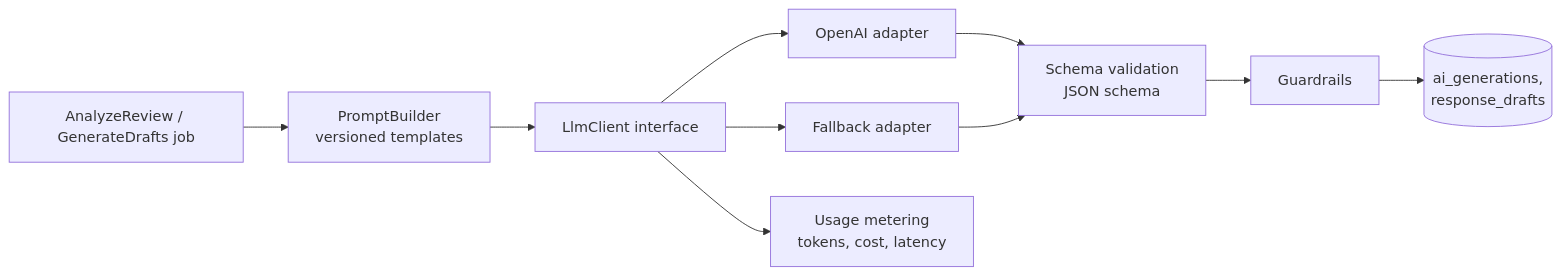
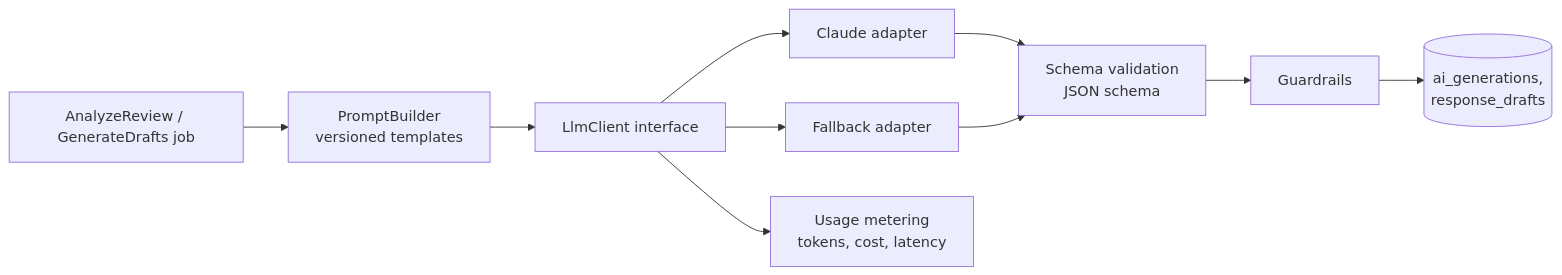
Before and after one commit to Amir03033/reviewpilot: the second of 3 diagrams in docs/blueprint/05-technical-architecture.md, drawn with Mermaid. The commit also changed other lines of this file and 448 other files, not shown here.

````diff
--- a/docs/blueprint/05-technical-architecture.md
+++ b/docs/blueprint/05-technical-architecture.md
@@ -166,11 +169,11 @@
 ```mermaid
 flowchart LR
   J[AnalyzeReview / GenerateDrafts job] --> PB[PromptBuilder<br/>versioned templates]
   PB --> LC[LlmClient interface]
-  LC --> OA[OpenAI adapter]
+  LC --> OA[Claude adapter]
   LC --> FB[Fallback adapter]
   LC --> MET[Usage metering<br/>tokens, cost, latency]
   OA & FB --> SV[Schema validation<br/>JSON schema]
   SV --> GR[Guardrails]
   GR --> DB[(ai_generations,<br/>response_drafts)]
 ```
````
